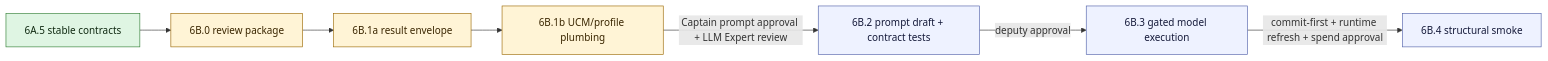
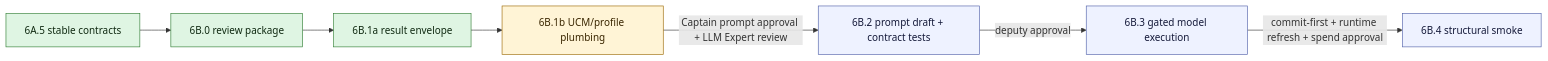
Before and after one commit to robertschaub/FactHarbor: the first of 2 diagrams in Docs/WIP/2026-05-14_V2_Slice_6B_Prompt_Model_Review_Package.md, drawn with Mermaid. The commit also changed other lines of this file and 6 other files, not shown here.

````diff
--- a/Docs/WIP/2026-05-14_V2_Slice_6B_Prompt_Model_Review_Package.md
+++ b/Docs/WIP/2026-05-14_V2_Slice_6B_Prompt_Model_Review_Package.md
@@ -56,22 +56,22 @@
 ```mermaid
 flowchart LR
   S6A5["6A.5 stable contracts"]
   R["6B.0 review package"]
   C["6B.1a result envelope"]
   U["6B.1b UCM/profile plumbing"]
   P["6B.2 prompt draft + contract tests"]
   E["6B.3 gated model execution"]
   T["6B.4 structural smoke"]
 
   S6A5 --> R --> C --> U
   U -->|"Captain prompt approval + LLM Expert review"| P
   P -->|"deputy approval"| E
   E -->|"commit-first + runtime refresh + spend approval"| T
 
   classDef done fill:#dff5e3,stroke:#2f7d32,color:#102a12
   classDef review fill:#fff4d6,stroke:#9a6700,color:#3a2600
   classDef gated fill:#eef2ff,stroke:#4f5fa8,color:#151a3a
-  class S6A5 done
-  class R,C,U review
+  class S6A5,R,C done
+  class U review
   class P,E,T gated
 ```
````
